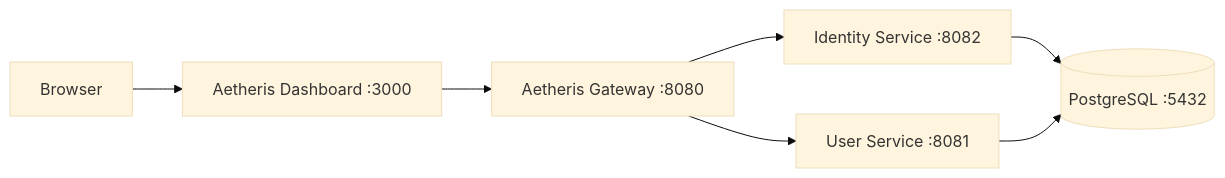
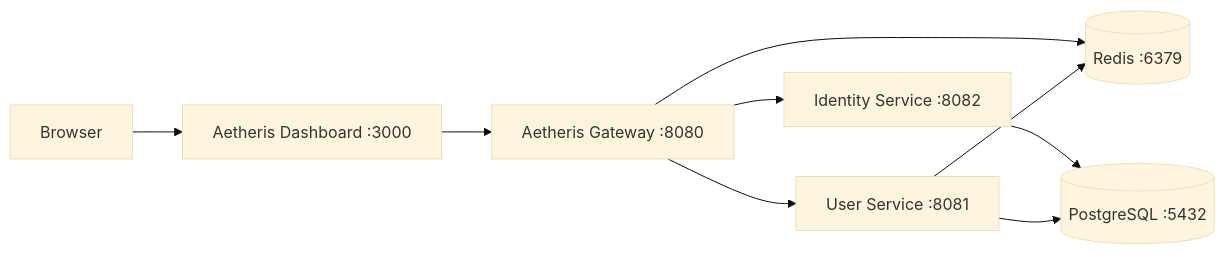
The diagram in README.md (teldigi5-wq/aetheris-platform), drawn with Mermaid (base theme) before and after one commit. The commit also changed other lines of this file, not shown here.

Commit message:
Stage 3: document Redis caching and rate limiting

````diff
--- a/README.md
+++ b/README.md
@@ -17,9 +18,11 @@
 ```mermaid
 flowchart LR
     U[Browser] --> D[Aetheris Dashboard :3000]
     D --> G[Aetheris Gateway :8080]
+    G --> R[(Redis :6379)]
     G --> I[Identity Service :8082]
     G --> S[User Service :8081]
+    S --> R
     I --> P[(PostgreSQL :5432)]
     S --> P
 ```
````
